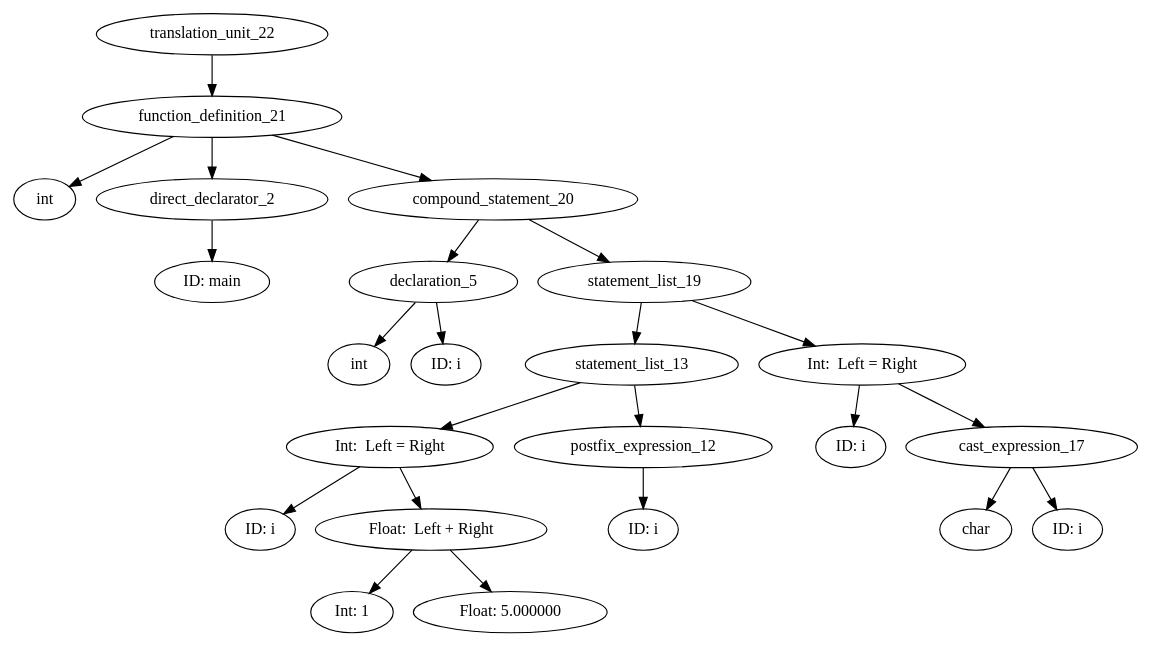
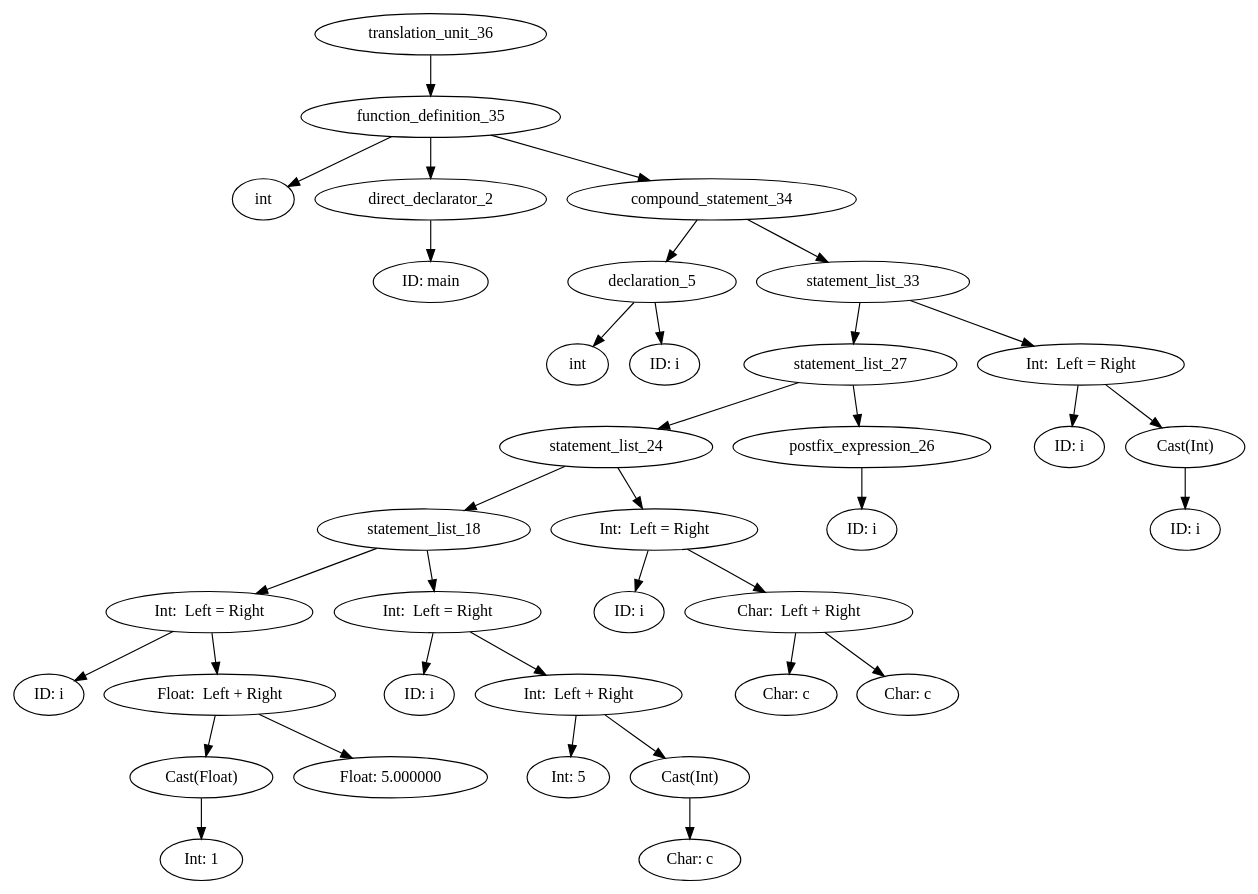
Before and after one commit to ahpalmerUNR/c_compiler: the diagram in graphs/default.gv, drawn with Graphviz. The commit also changed 2 other files, not shown here.

Commit message:
implicit casting and warning

```diff
--- a/graphs/default.gv
+++ b/graphs/default.gv
@@ -1,38 +1,63 @@
 digraph AST {
-	translation_unit_22 -> function_definition_21;
-	function_definition_21 -> type_specifier_0;
+	translation_unit_36 -> function_definition_35;
+	function_definition_35 -> type_specifier_0;
 	type_specifier_0 [label="int"]
-	function_definition_21 -> direct_declarator_2;
+	function_definition_35 -> direct_declarator_2;
 	direct_declarator_2 -> identifier_1;
 	identifier_1 [label="ID: main"]
-	function_definition_21 -> compound_statement_20;
-	compound_statement_20 -> declaration_5;
+	function_definition_35 -> compound_statement_34;
+	compound_statement_34 -> declaration_5;
 	declaration_5 -> type_specifier_3;
 	type_specifier_3 [label="int"]
 	declaration_5 -> identifier_4;
 	identifier_4 [label="ID: i"]
-	compound_statement_20 -> statement_list_19;
-	statement_list_19 -> statement_list_13;
-	statement_list_13 -> assignment_expression_10;
-	assignment_expression_10 [label="Int:  Left = Right"]
-	assignment_expression_10 -> identifier_6;
+	compound_statement_34 -> statement_list_33;
+	statement_list_33 -> statement_list_27;
+	statement_list_27 -> statement_list_24;
+	statement_list_24 -> statement_list_18;
+	statement_list_18 -> assignment_expression_11;
+	assignment_expression_11 [label="Int:  Left = Right"]
+	assignment_expression_11 -> identifier_6;
 	identifier_6 [label="ID: i"]
-	assignment_expression_10 -> unary_expression_9;
-	unary_expression_9 [label="Float:  Left + Right"]
-	unary_expression_9 -> constant_7;
+	assignment_expression_11 -> operator_expression_9;
+	operator_expression_9 [label="Float:  Left + Right"]
+	operator_expression_9 -> implicit_cast_10;
+	implicit_cast_10 [label="Cast(Float)"]
+	implicit_cast_10 -> constant_7;
 	constant_7 [label="Int: 1"]
-	unary_expression_9 -> constant_8;
+	operator_expression_9 -> constant_8;
 	constant_8 [label="Float: 5.000000"]
-	statement_list_13 -> postfix_expression_12;
-	postfix_expression_12 -> identifier_11;
-	identifier_11 [label="ID: i"]
-	statement_list_19 -> assignment_expression_18;
-	assignment_expression_18 [label="Int:  Left = Right"]
-	assignment_expression_18 -> identifier_14;
-	identifier_14 [label="ID: i"]
-	assignment_expression_18 -> cast_expression_17;
-	cast_expression_17 -> type_specifier_15;
-	type_specifier_15 [label="char"]
-	cast_expression_17 -> identifier_16;
-	identifier_16 [label="ID: i"]
+	statement_list_18 -> assignment_expression_17;
+	assignment_expression_17 [label="Int:  Left = Right"]
+	assignment_expression_17 -> identifier_12;
+	identifier_12 [label="ID: i"]
+	assignment_expression_17 -> operator_expression_15;
+	operator_expression_15 [label="Int:  Left + Right"]
+	operator_expression_15 -> constant_13;
+	constant_13 [label="Int: 5"]
+	operator_expression_15 -> implicit_cast_16;
+	implicit_cast_16 [label="Cast(Int)"]
+	implicit_cast_16 -> constant_14;
+	constant_14 [label="Char: c"]
+	statement_list_24 -> assignment_expression_23;
+	assignment_expression_23 [label="Int:  Left = Right"]
+	assignment_expression_23 -> identifier_19;
+	identifier_19 [label="ID: i"]
+	assignment_expression_23 -> operator_expression_22;
+	operator_expression_22 [label="Char:  Left + Right"]
+	operator_expression_22 -> constant_20;
+	constant_20 [label="Char: c"]
+	operator_expression_22 -> constant_21;
+	constant_21 [label="Char: c"]
+	statement_list_27 -> postfix_expression_26;
+	postfix_expression_26 -> identifier_25;
+	identifier_25 [label="ID: i"]
+	statement_list_33 -> assignment_expression_32;
+	assignment_expression_32 [label="Int:  Left = Right"]
+	assignment_expression_32 -> identifier_28;
+	identifier_28 [label="ID: i"]
+	assignment_expression_32 -> cast_expression31;
+	cast_expression31 [label="Cast(Int)"]
+	cast_expression31 -> identifier_30;
+	identifier_30 [label="ID: i"]
 }
```
